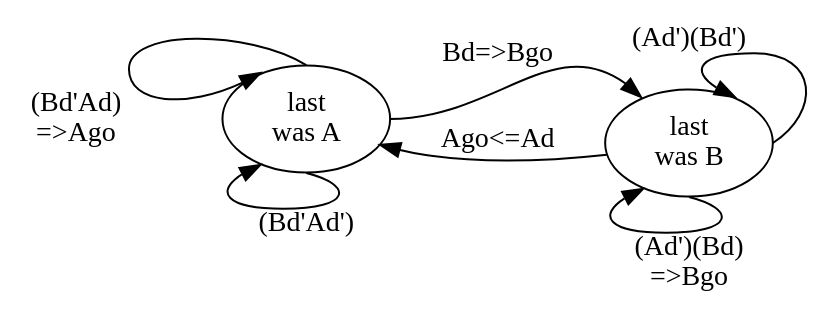
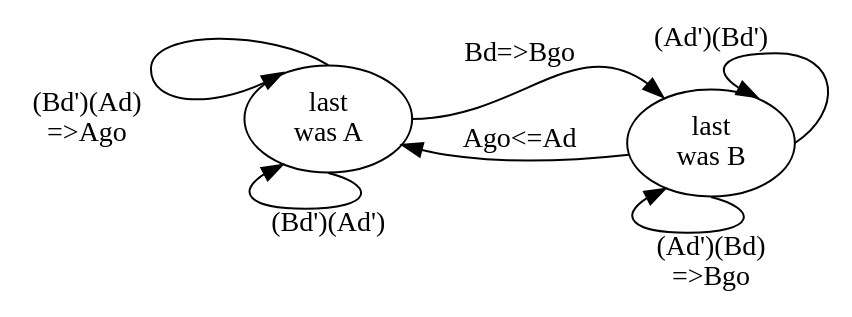
One commit to hsgr/creative-coding changed the second of 2 diagrams in meetup-wk4.org. Above: the diagram before and after it, drawn with Graphviz. The commit also changed 1 other file, not shown here.

Commit message:
final version (fix typo)

```diff
--- a/meetup-wk4.org
+++ b/meetup-wk4.org
@@ -326,20 +326,20 @@
 #+BEGIN_SRC dot :file ./img/fsm-1-1.png :cmdline -Kdot -Tpng :exports none
   digraph {
 
   rankdir=LR
   forcelabels=true;
 
   s1[label="last\nwas A"]
   s2[label="last\nwas B"]
 
   s1:e -> s2:nw[label="Bd=>Bgo"]
   s2 -> s1[label="Ago<=Ad"]
 
-  s1:n -> s1:nw[label="(Bd'Ad)\n=>Ago"]
-  s1:s -> s1:sw[label="(Bd'Ad')"]
+  s1:n -> s1:nw[label="(Bd')(Ad)\n=>Ago"]
+  s1:s -> s1:sw[label="(Bd')(Ad')"]
 
   s2:e -> s2:ne[label="(Ad')(Bd')"]
   s2:s -> s2:sw[label="(Ad')(Bd)\n=>Bgo"]
 
   }
 #+END_SRC
```
